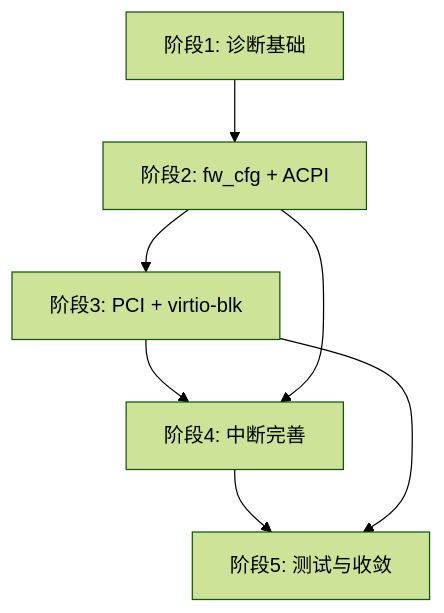
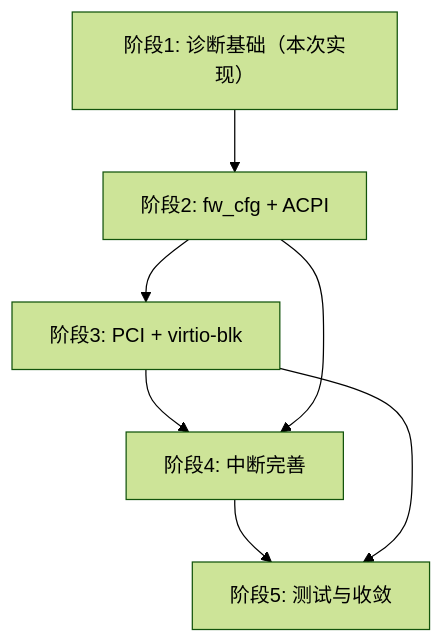
One commit to YoungCIoud/tgoskits changed the diagram in plan/uefi/design.md. Above: the diagram before and after it, drawn with Mermaid (forest theme). The commit also changed other lines of this file and 2 other files, not shown here.

````diff
--- a/plan/uefi/design.md
+++ b/plan/uefi/design.md
@@ -512,9 +547,9 @@
 ```mermaid
 graph TD
-    P1[阶段1: 诊断基础] --> P2[阶段2: fw_cfg + ACPI]
+    P1[阶段1: 诊断基础（本次实现）] --> P2[阶段2: fw_cfg + ACPI]
     P2 --> P3[阶段3: PCI + virtio-blk]
     P3 --> P4[阶段4: 中断完善]
     P2 --> P4
     P4 --> P5[阶段5: 测试与收敛]
     P3 --> P5
 ```
````
